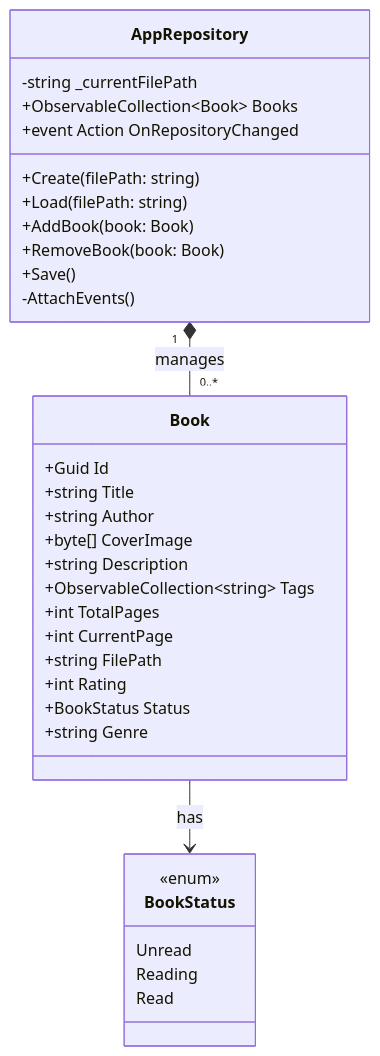
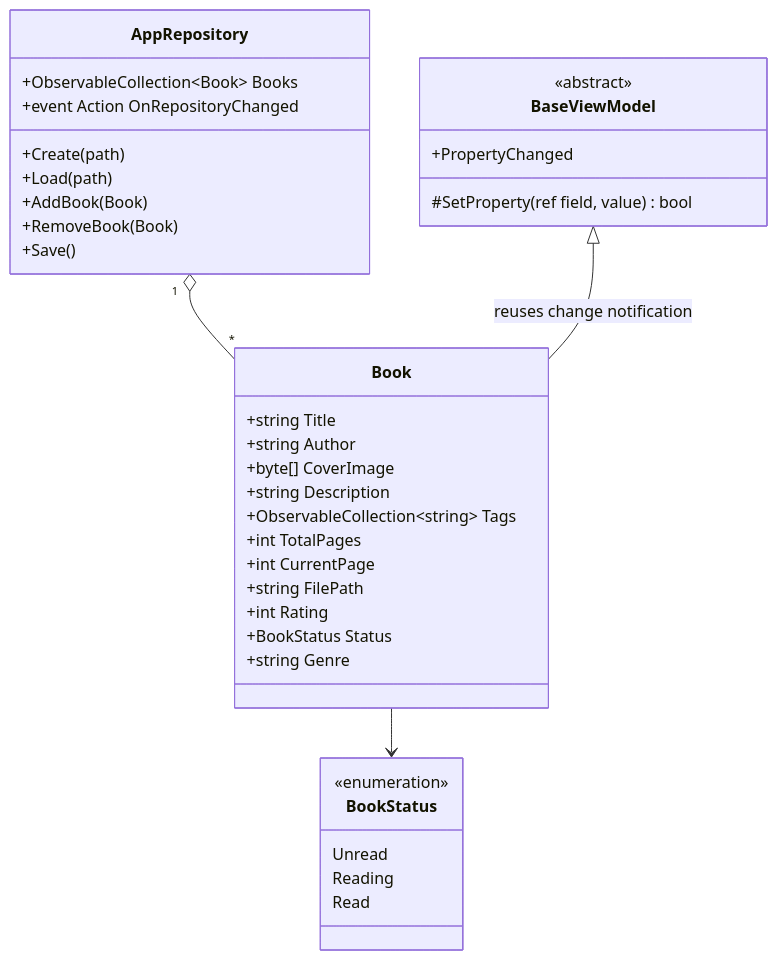
The second of 2 diagrams in README.md (anniigr/e-Reader), drawn with Mermaid before and after one commit. The commit also changed other lines of this file, not shown here.

Commit message:
Rewrite README: verified architecture, setup, and known issues

````diff
--- a/README.md
+++ b/README.md
@@ -155,39 +96,39 @@
 ```mermaid
 classDiagram
     class AppRepository {
-        -string _currentFilePath
         +ObservableCollection~Book~ Books
         +event Action OnRepositoryChanged
-        +Create(filePath: string)
-        +Load(filePath: string)
-        +AddBook(book: Book)
-        +RemoveBook(book: Book)
+        +Create(path)
+        +Load(path)
+        +AddBook(Book)
+        +RemoveBook(Book)
         +Save()
-        -AttachEvents()
     }
-
     class Book {
-        +Guid Id
         +string Title
         +string Author
         +byte[] CoverImage
         +string Description
         +ObservableCollection~string~ Tags
         +int TotalPages
         +int CurrentPage
         +string FilePath
         +int Rating
         +BookStatus Status
         +string Genre
     }
-
     class BookStatus {
-        <<enum>>
+        <<enumeration>>
         Unread
         Reading
         Read
     }
-
-    AppRepository "1" *-- "0..*" Book : manages
-    Book --> BookStatus : has
+    class BaseViewModel {
+        <<abstract>>
+        +PropertyChanged
+        #SetProperty(ref field, value) bool
+    }
+    AppRepository "1" o-- "*" Book
+    Book --> BookStatus
+    BaseViewModel <|-- Book : reuses change notification
 ```
````
